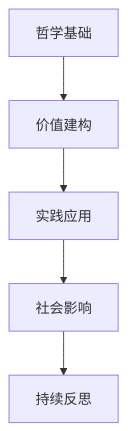
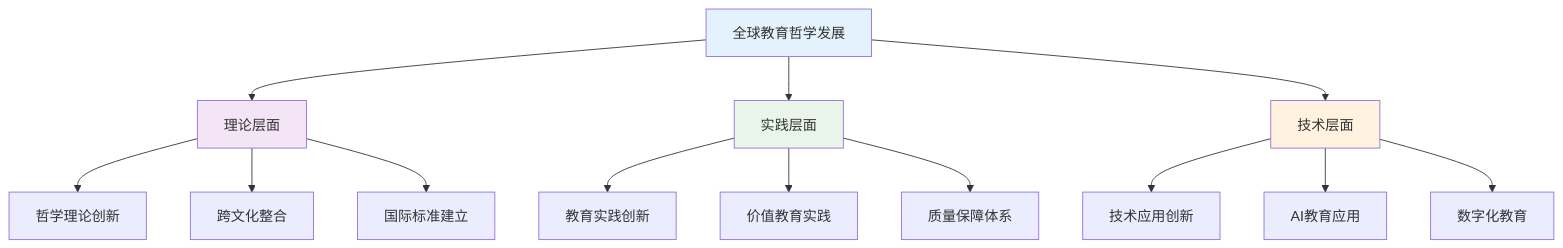
Before and after one commit to AdaMartin18010/SeniorEnducation: diagram 14 of 15 in 01-哲学科学基础/02-教育哲学与价值观.md, drawn with Mermaid. The commit also changed other lines of this file and 16 other files, not shown here.

````diff
--- a/01-哲学科学基础/02-教育哲学与价值观.md
+++ b/01-哲学科学基础/02-教育哲学与价值观.md
@@ -254,7 +622,23 @@
 ```mermaid
 graph TD
-    A[哲学基础] --> B[价值建构]
-    B --> C[实践应用]
-    C --> D[社会影响]
-    D --> E[持续反思]
+    A[全球教育哲学发展] --> B[理论层面]
+    A --> C[实践层面]
+    A --> D[技术层面]
+    
+    B --> B1[哲学理论创新]
+    B --> B2[跨文化整合]
+    B --> B3[国际标准建立]
+    
+    C --> C1[教育实践创新]
+    C --> C2[价值教育实践]
+    C --> C3[质量保障体系]
+    
+    D --> D1[技术应用创新]
+    D --> D2[AI教育应用]
+    D --> D3[数字化教育]
+    
+    style A fill:#e3f2fd
+    style B fill:#f3e5f5
+    style C fill:#e8f5e8
+    style D fill:#fff3e0
 ```
````
